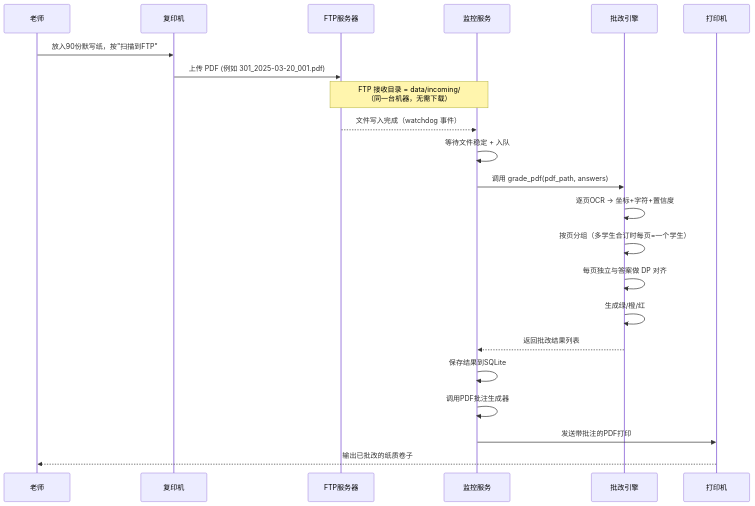
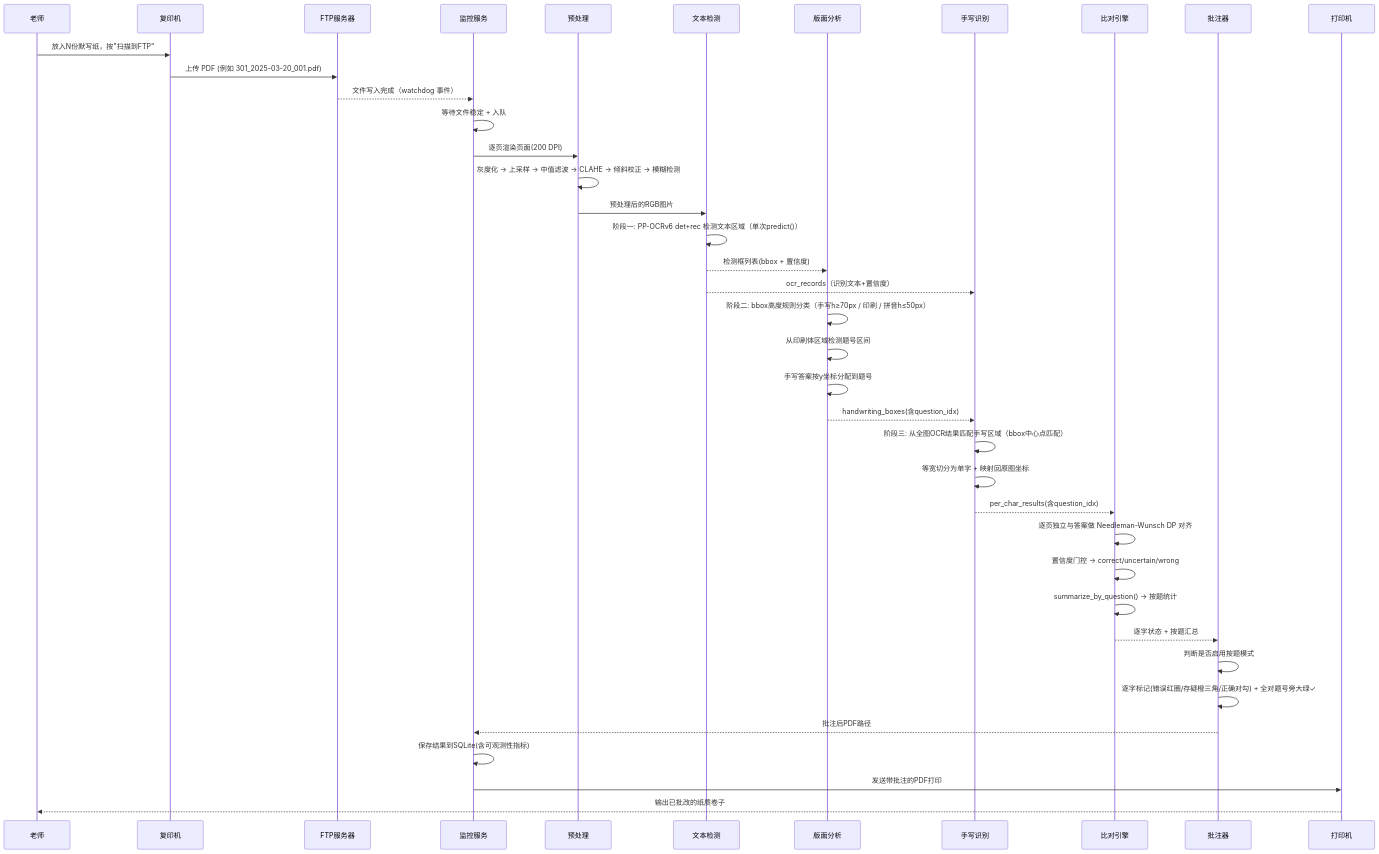
One commit to xfyang728/correction changed the second of 2 diagrams in 架构设计.md. Above: the diagram before and after it, drawn with Mermaid. The commit also changed other lines of this file and 12 other files, not shown here.

````diff
--- a/架构设计.md
+++ b/架构设计.md
@@ -61,25 +71,42 @@
 ```mermaid
 sequenceDiagram
     participant 老师
     participant 复印机
     participant FTP服务器
     participant 监控服务
-    participant 批改引擎
+    participant 预处理
+    participant 文本检测
+    participant 版面分析
+    participant 手写识别
+    participant 比对引擎
+    participant 批注器
     participant 打印机
 
-    老师->>复印机: 放入90份默写纸，按"扫描到FTP"
+    老师->>复印机: 放入N份默写纸，按"扫描到FTP"
     复印机->>FTP服务器: 上传 PDF (例如 301_2025-03-20_001.pdf)
-    Note over FTP服务器,监控服务: FTP 接收目录 = data/incoming/<br>（同一台机器，无需下载）
     FTP服务器-->>监控服务: 文件写入完成（watchdog 事件）
     监控服务->>监控服务: 等待文件稳定 + 入队
-    监控服务->>批改引擎: 调用 grade_pdf(pdf_path, answers)
-    批改引擎->>批改引擎: 逐页OCR -> 坐标+字符+置信度
-    批改引擎->>批改引擎: 按页分组（多学生合订时每页=一个学生）
-    批改引擎->>批改引擎: 每页独立与答案做 DP 对齐
-    批改引擎->>批改引擎: 生成绿/橙/红
-    批改引擎-->>监控服务: 返回批改结果列表
-    监控服务->>监控服务: 保存结果到SQLite
-    监控服务->>监控服务: 调用PDF批注生成器
+    监控服务->>预处理: 逐页渲染页面(200 DPI)
+    预处理->>预处理: 灰度化 → 上采样 → 中值滤波 → CLAHE → 倾斜校正 → 模糊检测
+    预处理->>文本检测: 预处理后的RGB图片
+    文本检测->>文本检测: 阶段一: PP-OCRv6 det+rec 检测文本区域（单次predict()）
+    文本检测-->>版面分析: 检测框列表(bbox + 置信度)
+    文本检测-->>手写识别: ocr_records（识别文本+置信度）
+    版面分析->>版面分析: 阶段二: bbox高度规则分类（手写h≥70px / 印刷 / 拼音h≤50px）
+    版面分析->>版面分析: 从印刷体区域检测题号区间
+    版面分析->>版面分析: 手写答案按y坐标分配到题号
+    版面分析-->>手写识别: handwriting_boxes(含question_idx)
+    手写识别->>手写识别: 阶段三: 从全图OCR结果匹配手写区域（bbox中心点匹配）
+    手写识别->>手写识别: 等宽切分为单字 + 映射回原图坐标
+    手写识别-->>比对引擎: per_char_results(含question_idx)
+    比对引擎->>比对引擎: 逐页独立与答案做 Needleman-Wunsch DP 对齐
+    比对引擎->>比对引擎: 置信度门控 → correct/uncertain/wrong
+    比对引擎->>比对引擎: summarize_by_question() → 按题统计
+    比对引擎-->>批注器: 逐字状态 + 按题汇总
+    批注器->>批注器: 判断是否启用按题模式
+    批注器->>批注器: 逐字标记(错误红圈/存疑橙三角/正确对勾) + 全对题号旁大绿✓
+    批注器-->>监控服务: 批注后PDF路径
+    监控服务->>监控服务: 保存结果到SQLite(含可观测性指标)
     监控服务->>打印机: 发送带批注的PDF打印
     打印机-->>老师: 输出已批改的纸质卷子
 ```
````
